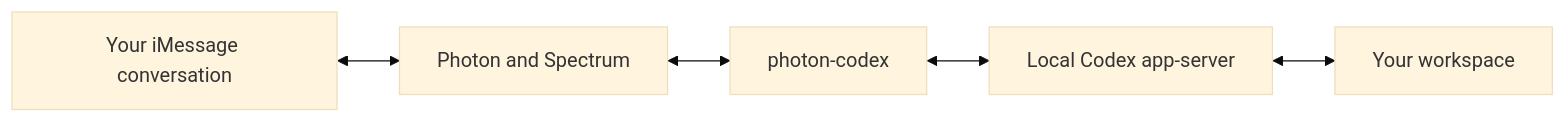
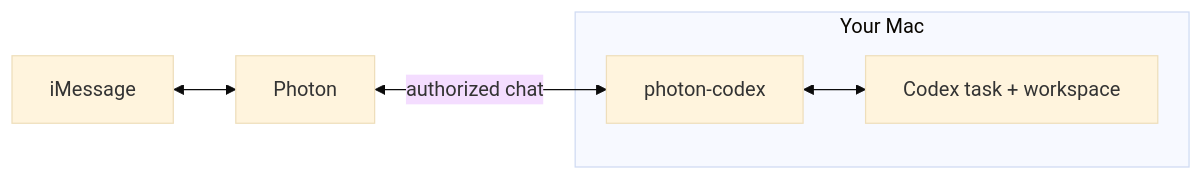
Before and after one commit to 1Pio/photon-codex: the diagram in README.md, drawn with Mermaid (base theme). The commit also changed other lines of this file and 2 other files, not shown here.

````diff
--- a/README.md
+++ b/README.md
@@ -10,7 +12,10 @@
 ```mermaid
 flowchart LR
-    A[Your iMessage conversation] <--> B[Photon and Spectrum]
-    B <--> C[photon-codex]
-    C <--> D[Local Codex app-server]
-    D <--> E[Your workspace]
+    U[iMessage]
+    P[Photon]
+    subgraph MAC["Your Mac"]
+        B[photon-codex] <--> C["Codex task + workspace"]
+    end
+    U <--> P
+    P <-->|"authorized chat"| B
 ```
````
